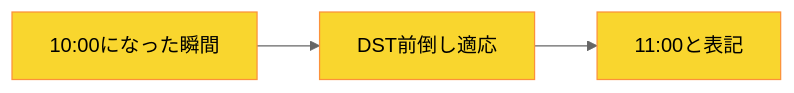
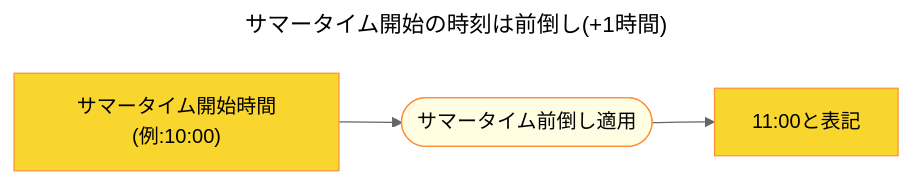
One commit to proteinmochi/zenn changed the fifth of 9 diagrams in articles/blog_fes_2024_dst_basics.md. Above: the diagram before and after it, drawn with Mermaid (neutral theme). The commit also changed other lines of this file, not shown here.

````diff
--- a/articles/blog_fes_2024_dst_basics.md
+++ b/articles/blog_fes_2024_dst_basics.md
@@ -64,5 +104,10 @@
 ```mermaid
+---
+title: サマータイム開始の時刻は前倒し(+1時間)
+---
 graph LR
-   id1["10:00になった瞬間"] --> id2[DST前倒し適応] --> id4[11:00と表記]
-   classDef default fill:#f9d62e, stroke:#fc913a
+   id1["サマータイム開始時間(例:10:00)"] --> id2([サマータイム前倒し適用]) --> id3[11:00と表記]
+   style id1 fill:#f9d62e, stroke:#fc913a
+   style id2 fill:#FFFEE2, stroke:#fc913a
+   style id3 fill:#f9d62e, stroke:#fc913a
 ```
````
